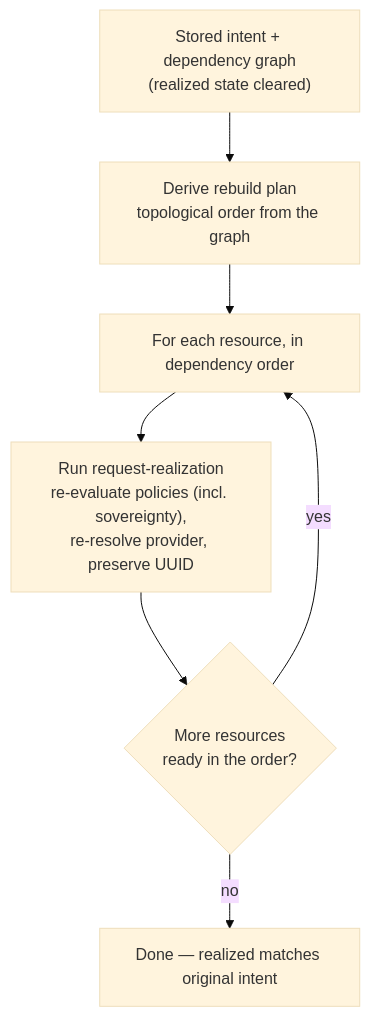
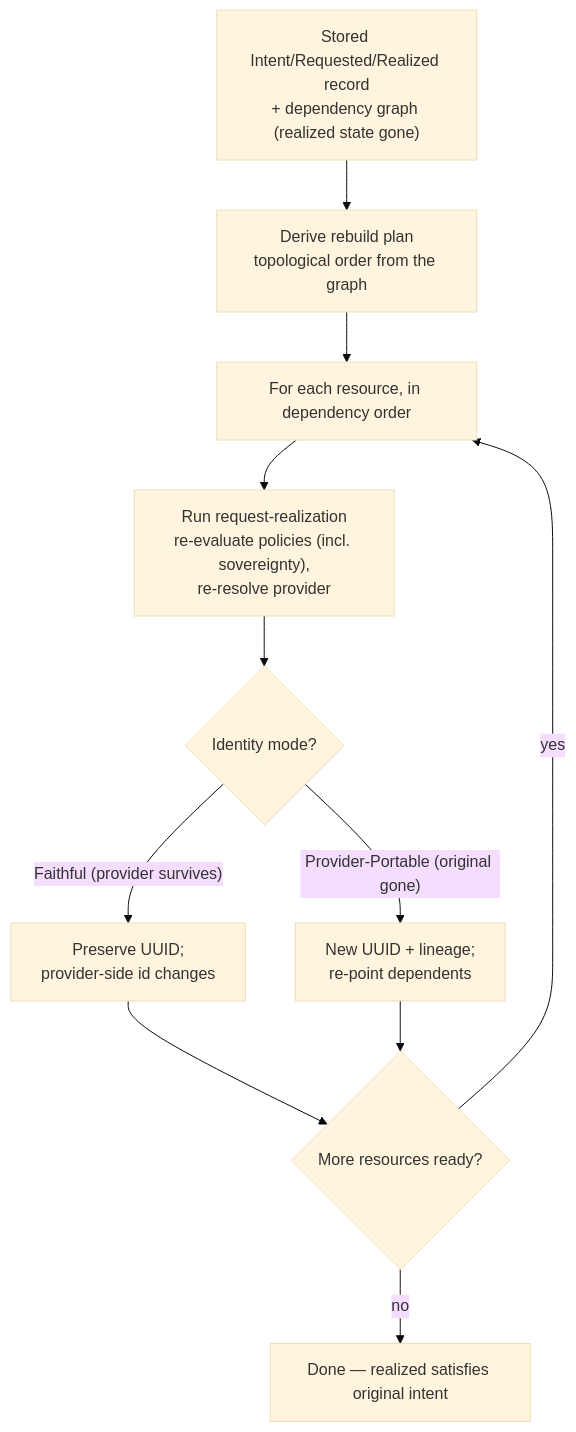
The diagram in docs/flows/uc-10-dynamic-rehydration.md (croadfeldt/udlm), drawn with Mermaid (base theme) before and after one commit. The commit also changed other lines of this file and 1 other file, not shown here.

First line of the commit message:
uc-10 rehydration flow: align to the terminology pin + fix the RHY-005 UUID error

````diff
--- a/docs/flows/uc-10-dynamic-rehydration.md
+++ b/docs/flows/uc-10-dynamic-rehydration.md
@@ -33,9 +54,13 @@
 ```mermaid
 flowchart TD
-  S["Stored intent + dependency graph<br/>(realized state cleared)"] --> P["Derive rebuild plan<br/>topological order from the graph"]
+  S["Stored Intent/Requested/Realized record<br/>+ dependency graph (realized state gone)"] --> P["Derive rebuild plan<br/>topological order from the graph"]
   P --> L["For each resource, in dependency order"]
-  L --> RR["Run request-realization<br/>re-evaluate policies (incl. sovereignty),<br/>re-resolve provider, preserve UUID"]
-  RR --> N{"More resources<br/>ready in the order?"}
+  L --> RR["Run request-realization<br/>re-evaluate policies (incl. sovereignty),<br/>re-resolve provider"]
+  RR --> ID{"Identity mode?"}
+  ID -- "Faithful (provider survives)" --> F["Preserve UUID;<br/>provider-side id changes"]
+  ID -- "Provider-Portable (original gone)" --> V["New UUID + lineage;<br/>re-point dependents"]
+  F --> N{"More resources ready?"}
+  V --> N
   N -- yes --> L
-  N -- no --> D["Done — realized matches original intent"]
+  N -- no --> D["Done — realized satisfies original intent"]
 ```
````
